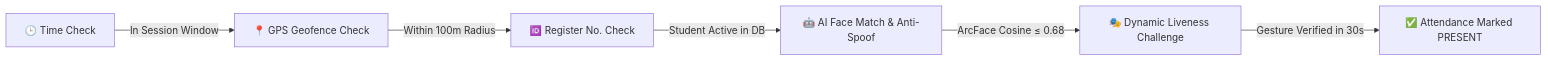
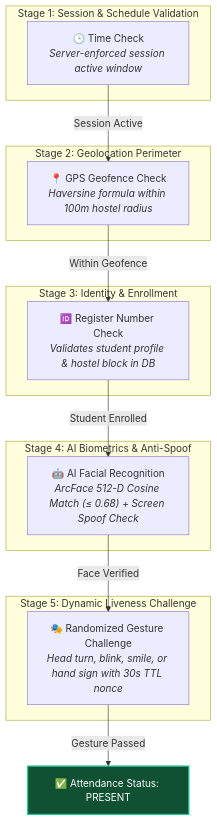
The diagram in README.md (vishnu6383/hostel_attedance-), drawn with Mermaid before and after one commit. The commit also changed other lines of this file, not shown here.

Commit message:
docs: improve 5-stage verification pipeline flowchart and table formatting

````diff
--- a/README.md
+++ b/README.md
@@ -37,8 +39,27 @@
 ```mermaid
-graph LR
-    A[🕒 Time Check] -->|In Session Window| B[📍 GPS Geofence Check]
-    B -->|Within 100m Radius| C[🆔 Register No. Check]
-    C -->|Student Active in DB| D[🤖 AI Face Match & Anti-Spoof]
-    D -->|ArcFace Cosine ≤ 0.68| E[🎭 Dynamic Liveness Challenge]
-    E -->|Gesture Verified in 30s| F[✅ Attendance Marked PRESENT]
+flowchart TD
+    subgraph S1["Stage 1: Session & Schedule Validation"]
+        A["🕒 Time Check<br/><i>Server-enforced session active window</i>"]
+    end
+    subgraph S2["Stage 2: Geolocation Perimeter"]
+        B["📍 GPS Geofence Check<br/><i>Haversine formula within 100m hostel radius</i>"]
+    end
+    subgraph S3["Stage 3: Identity & Enrollment"]
+        C["🆔 Register Number Check<br/><i>Validates student profile & hostel block in DB</i>"]
+    end
+    subgraph S4["Stage 4: AI Biometrics & Anti-Spoof"]
+        D["🤖 AI Facial Recognition<br/><i>ArcFace 512-D Cosine Match (≤ 0.68) + Screen Spoof Check</i>"]
+    end
+    subgraph S5["Stage 5: Dynamic Liveness Challenge"]
+        E["🎭 Randomized Gesture Challenge<br/><i>Head turn, blink, smile, or hand sign with 30s TTL nonce</i>"]
+    end
+
+    A -->|Session Active| B
+    B -->|Within Geofence| C
+    C -->|Student Enrolled| D
+    D -->|Face Verified| E
+    E -->|Gesture Passed| F["✅ Attendance Status: PRESENT"]
+
+    classDef pass fill:#0f5132,stroke:#20c997,stroke-width:2px,color:#fff;
+    class F pass;
 ```
````
